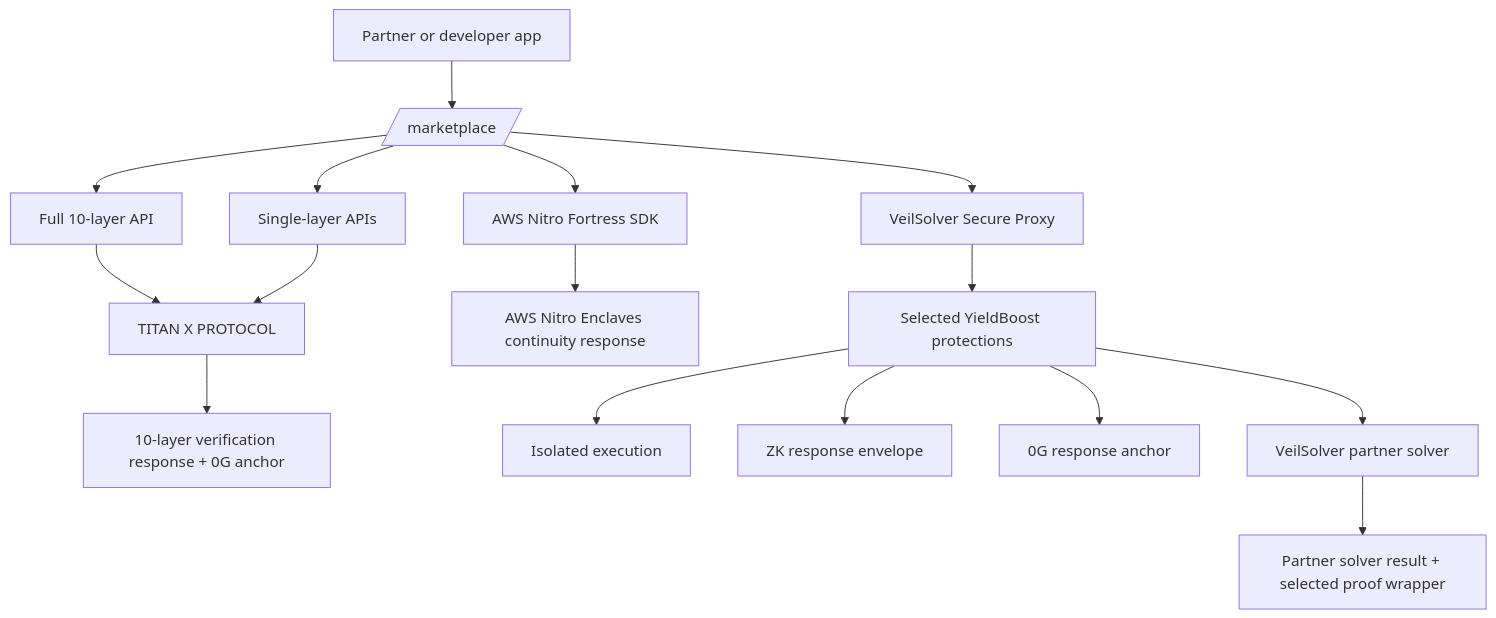
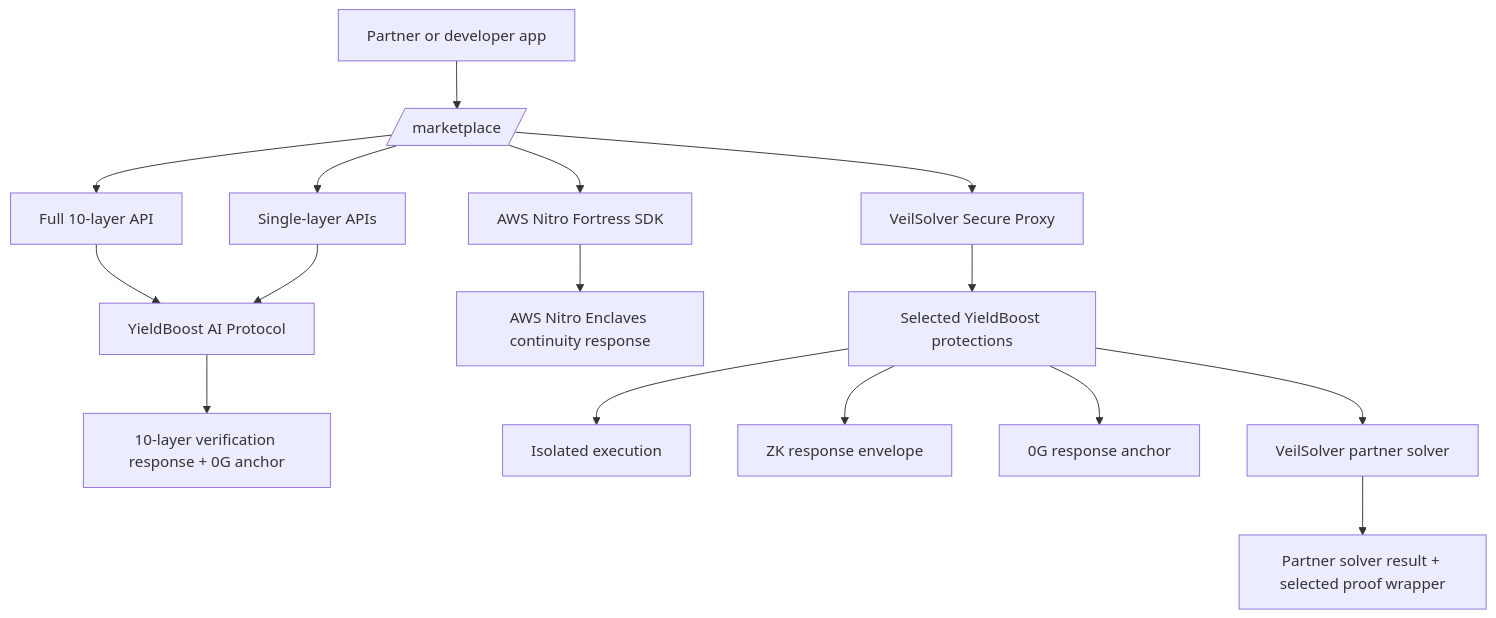
Before and after one commit to clawhubs/yieldboost: the sixth of 8 diagrams in README.md, drawn with Mermaid. The commit also changed other lines of this file and 34 other files, not shown here.

````diff
--- a/README.md
+++ b/README.md
@@ -535,18 +563,18 @@
 ```mermaid
 flowchart TD
     APP[Partner or developer app] --> STOREUI[/marketplace/]
     STOREUI --> FULL[Full 10-layer API]
     STOREUI --> SINGLE[Single-layer APIs]
     STOREUI --> VEIL[VeilSolver Secure Proxy]
     STOREUI --> NITROSDK[AWS Nitro Fortress SDK]
-    FULL --> YBPIPE[TITAN X PROTOCOL]
+    FULL --> YBPIPE[YieldBoost AI Protocol]
     SINGLE --> YBPIPE
     YBPIPE --> YBOUT[10-layer verification response + 0G anchor]
     NITROSDK --> NITROOUT[AWS Nitro Enclaves continuity response]
     VEIL --> WRAP[Selected YieldBoost protections]
     WRAP --> ISO[Isolated execution]
     WRAP --> ZKWRAP[ZK response envelope]
     WRAP --> ANCHOR[0G response anchor]
     WRAP --> PARTNER[VeilSolver partner solver]
     PARTNER --> PARTNEROUT[Partner solver result + selected proof wrapper]
 ```
````
